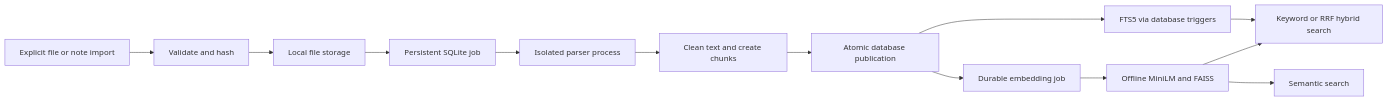
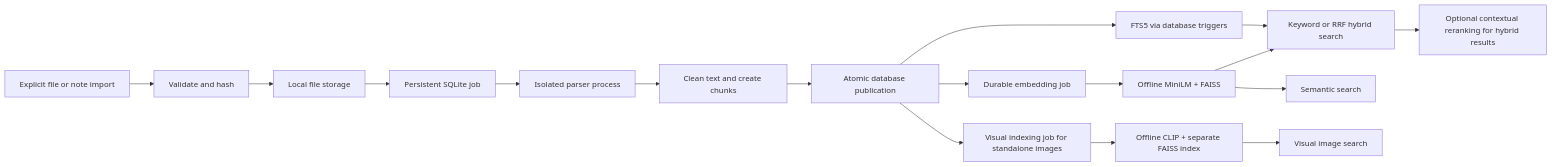
Before and after one commit to Sachin844123/Echo: the diagram in README.md, drawn with Mermaid. The commit also changed other lines of this file, not shown here.

Commit message:
docs: refresh ECHO setup, image search, and API guide

````diff
--- a/README.md
+++ b/README.md
@@ -74,15 +112,19 @@
 ```mermaid
 flowchart LR
     A[Explicit file or note import] --> B[Validate and hash]
     B --> C[Local file storage]
     C --> D[Persistent SQLite job]
     D --> E[Isolated parser process]
     E --> F[Clean text and create chunks]
     F --> G[Atomic database publication]
     G --> H[FTS5 via database triggers]
     G --> I[Durable embedding job]
-    I --> J[Offline MiniLM and FAISS]
+    I --> J[Offline MiniLM + FAISS]
     H --> K[Keyword or RRF hybrid search]
     J --> K
     J --> L[Semantic search]
+    K --> M[Optional contextual reranking for hybrid results]
+    G --> N[Visual indexing job for standalone images]
+    N --> O[Offline CLIP + separate FAISS index]
+    O --> P[Visual image search]
 ```
````
